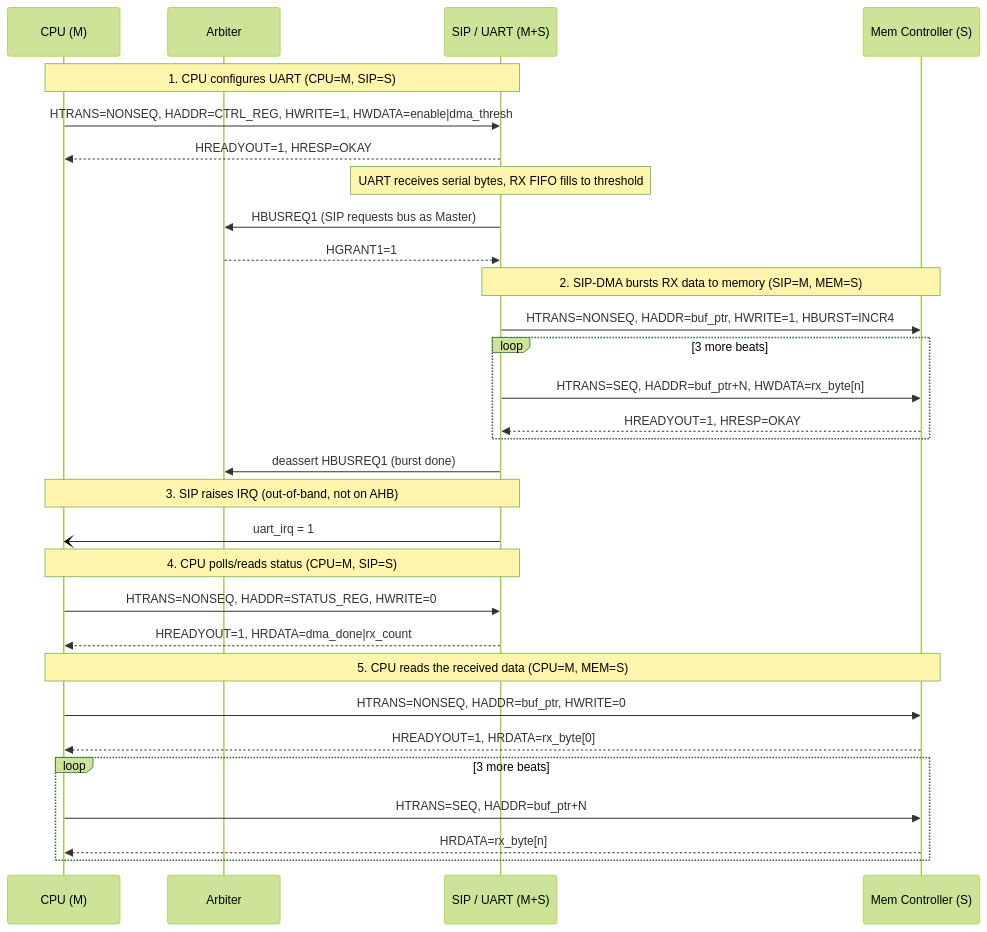
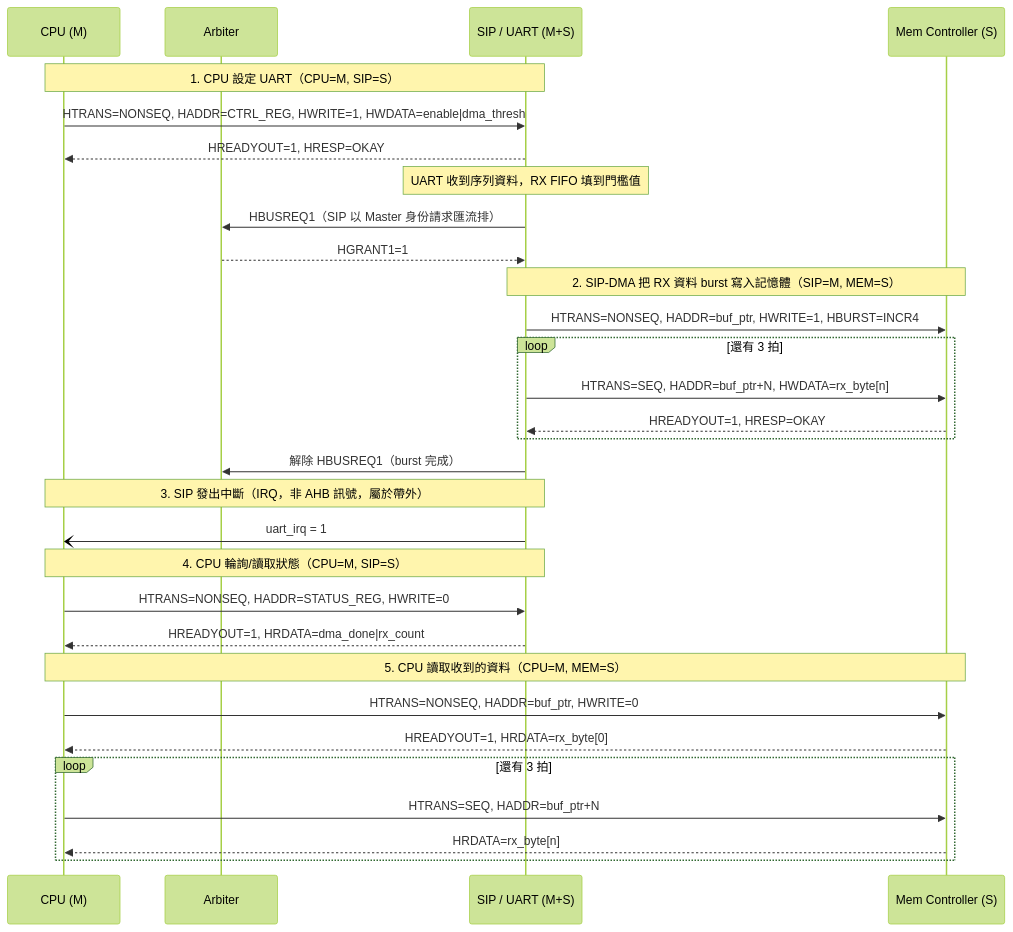
One commit to shj-F115112128/SOC_Practice changed the diagram in docs/03-msc-ahb.md. Above: the diagram before and after it, drawn with Mermaid (forest theme). The commit also changed other lines of this file and 5 other files, not shown here.

````diff
--- a/docs/03-msc-ahb.md
+++ b/docs/03-msc-ahb.md
@@ -7,38 +7,38 @@
 ```mermaid
 sequenceDiagram
     participant CPU as CPU (M)
     participant ARB as Arbiter
     participant SIP as SIP / UART (M+S)
     participant MEM as Mem Controller (S)
 
-    Note over CPU,SIP: 1. CPU configures UART (CPU=M, SIP=S)
+    Note over CPU,SIP: 1. CPU 設定 UART（CPU=M, SIP=S）
     CPU->>SIP: HTRANS=NONSEQ, HADDR=CTRL_REG, HWRITE=1, HWDATA=enable|dma_thresh
     SIP-->>CPU: HREADYOUT=1, HRESP=OKAY
 
-    Note over SIP: UART receives serial bytes, RX FIFO fills to threshold
-    SIP->>ARB: HBUSREQ1 (SIP requests bus as Master)
+    Note over SIP: UART 收到序列資料，RX FIFO 填到門檻值
+    SIP->>ARB: HBUSREQ1（SIP 以 Master 身份請求匯流排）
     ARB-->>SIP: HGRANT1=1
 
-    Note over SIP,MEM: 2. SIP-DMA bursts RX data to memory (SIP=M, MEM=S)
+    Note over SIP,MEM: 2. SIP-DMA 把 RX 資料 burst 寫入記憶體（SIP=M, MEM=S）
     SIP->>MEM: HTRANS=NONSEQ, HADDR=buf_ptr, HWRITE=1, HBURST=INCR4
-    loop 3 more beats
+    loop 還有 3 拍
         SIP->>MEM: HTRANS=SEQ, HADDR=buf_ptr+N, HWDATA=rx_byte[n]
         MEM-->>SIP: HREADYOUT=1, HRESP=OKAY
     end
-    SIP->>ARB: deassert HBUSREQ1 (burst done)
+    SIP->>ARB: 解除 HBUSREQ1（burst 完成）
 
-    Note over SIP,CPU: 3. SIP raises IRQ (out-of-band, not on AHB)
+    Note over SIP,CPU: 3. SIP 發出中斷（IRQ，非 AHB 訊號，屬於帶外）
     SIP-)CPU: uart_irq = 1
 
-    Note over CPU,SIP: 4. CPU polls/reads status (CPU=M, SIP=S)
+    Note over CPU,SIP: 4. CPU 輪詢/讀取狀態（CPU=M, SIP=S）
     CPU->>SIP: HTRANS=NONSEQ, HADDR=STATUS_REG, HWRITE=0
     SIP-->>CPU: HREADYOUT=1, HRDATA=dma_done|rx_count
 
-    Note over CPU,MEM: 5. CPU reads the received data (CPU=M, MEM=S)
+    Note over CPU,MEM: 5. CPU 讀取收到的資料（CPU=M, MEM=S）
     CPU->>MEM: HTRANS=NONSEQ, HADDR=buf_ptr, HWRITE=0
     MEM-->>CPU: HREADYOUT=1, HRDATA=rx_byte[0]
-    loop 3 more beats
+    loop 還有 3 拍
         CPU->>MEM: HTRANS=SEQ, HADDR=buf_ptr+N
         MEM-->>CPU: HRDATA=rx_byte[n]
     end
 ```
````
